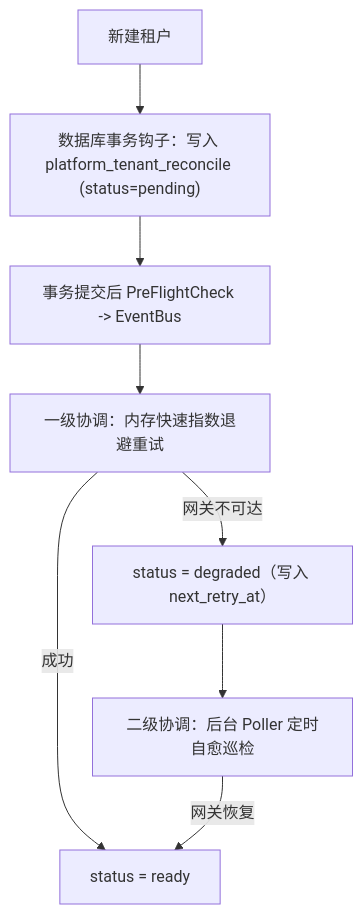
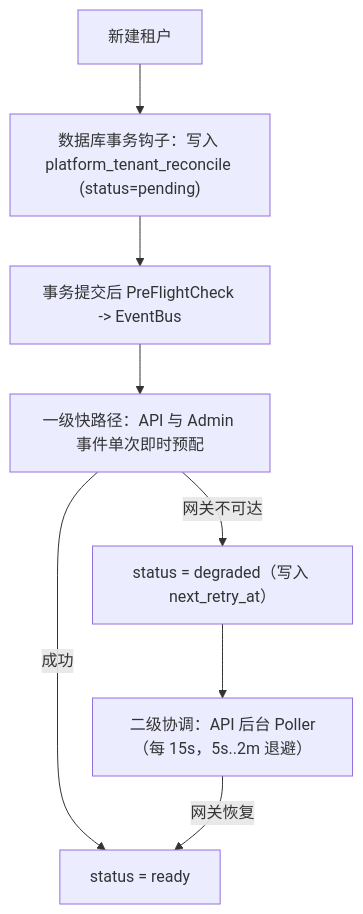
Before and after one commit to Sanderhoff-alt/oh-my-ragflow: the third of 3 diagrams in extensions/model-platform/docs/admin-guide.zh-CN.md, drawn with Mermaid. The commit also changed other lines of this file and 13 other files, not shown here.

First line of the commit message:
feat(model-platform): add Admin Tier-1 listener and unify retry backoff (#72)

````diff
--- a/extensions/model-platform/docs/admin-guide.zh-CN.md
+++ b/extensions/model-platform/docs/admin-guide.zh-CN.md
@@ -288,10 +288,10 @@
 ```mermaid
 flowchart TD
     Create["新建租户"] --> Hook["数据库事务钩子：写入 platform_tenant_reconcile (status=pending)"]
     Hook --> PreFlight["事务提交后 PreFlightCheck -> EventBus"]
-    PreFlight --> Tier1["一级协调：内存快速指数退避重试"]
+    PreFlight --> Tier1["一级快路径：API 与 Admin 事件单次即时预配"]
     Tier1 -->|"成功"| Ready["status = ready"]
     Tier1 -->|"网关不可达"| Degraded["status = degraded（写入 next_retry_at）"]
-    Degraded --> Tier2["二级协调：后台 Poller 定时自愈巡检"]
+    Degraded --> Tier2["二级协调：API 后台 Poller（每 15s，5s..2m 退避）"]
     Tier2 -->|"网关恢复"| Ready
 ```
````
